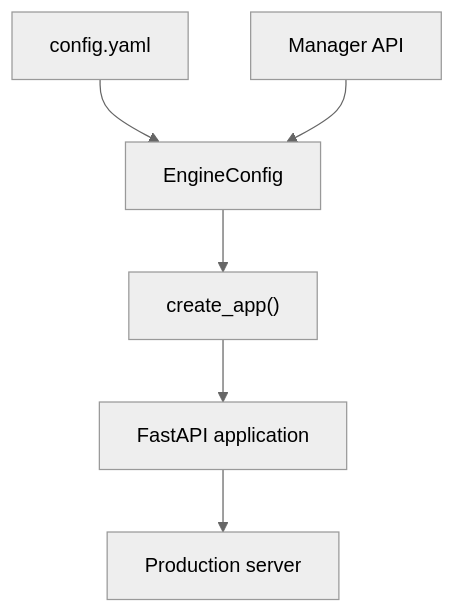
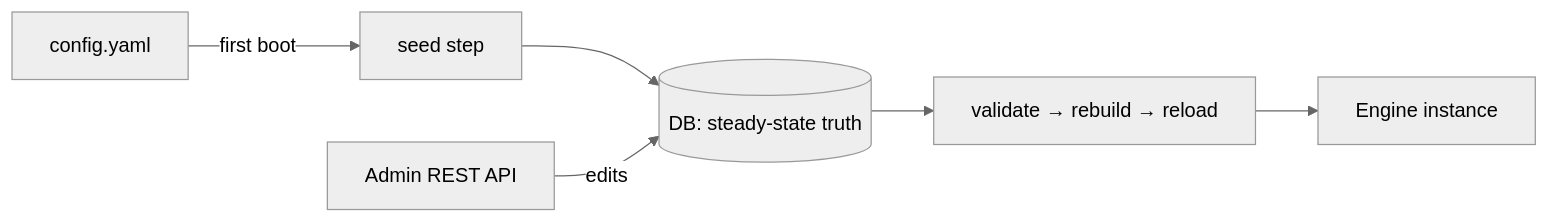
Before and after one commit to Idun-Group/idun-agent-platform: the second of 2 diagrams in docs/architecture.mdx, drawn with Mermaid (neutral theme). The commit also changed other lines of this file and 1431 other files, not shown here.

````diff
--- a/docs/architecture.mdx
+++ b/docs/architecture.mdx
@@ -60,8 +61,8 @@
 ```mermaid
-graph TD
-    YAML["config.yaml"] --> EngineConfig
-    ManagerAPI["Manager API"] --> EngineConfig
-    EngineConfig --> AppFactory["create_app()"]
-    AppFactory --> FastAPI["FastAPI application"]
-    FastAPI --> Uvicorn["Production server"]
+flowchart LR
+  YAML["config.yaml"] -->|first boot| Seed["seed step"]
+  Seed --> DB[(DB: steady-state truth)]
+  AdminAPI["Admin REST API"] -->|edits| DB
+  DB --> Reload["validate → rebuild → reload"]
+  Reload --> Engine["Engine instance"]
 ```
````
